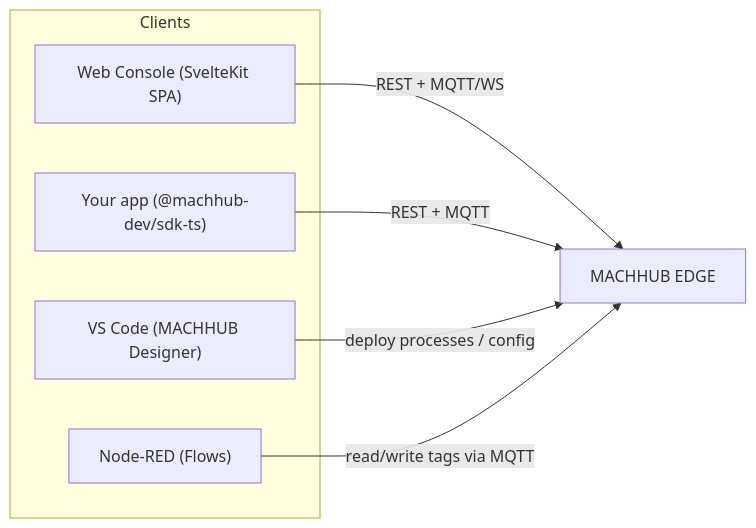
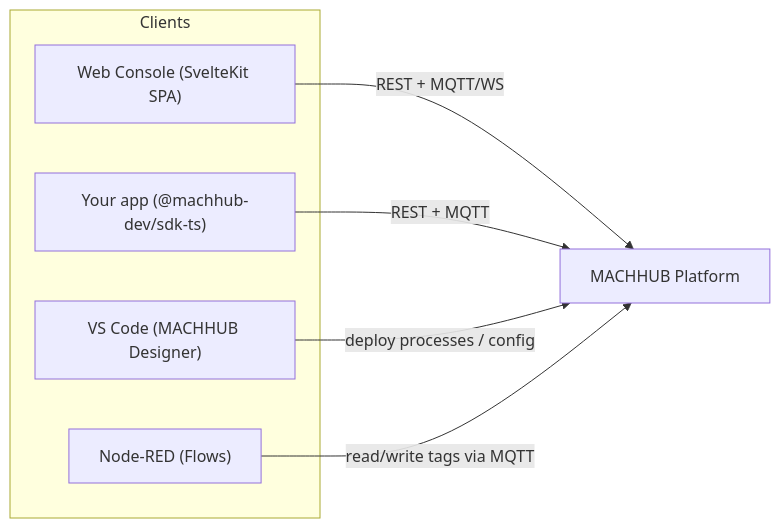
One commit to machhub-dev/docs changed the fourth of 5 diagrams in src/content/docs/concepts/architecture.md. Above: the diagram before and after it, drawn with Mermaid. The commit also changed other lines of this file and 24 other files, not shown here.

First line of the commit message:
docs: rename product from "MACHHUB EDGE" to "MACHHUB Platform"

````diff
--- a/src/content/docs/concepts/architecture.md
+++ b/src/content/docs/concepts/architecture.md
@@ -109,14 +109,14 @@
 ```mermaid
 flowchart LR
   subgraph Clients
     UI["Web Console (SvelteKit SPA)"]
     SDKApp["Your app (@machhub-dev/sdk-ts)"]
     Dev["VS Code (MACHHUB Designer)"]
     Dev2["Node-RED (Flows)"]
   end
-  EDGE["MACHHUB EDGE"]
+  EDGE["MACHHUB Platform"]
   UI -- "REST + MQTT/WS" --> EDGE
   SDKApp -- "REST + MQTT" --> EDGE
   Dev -- "deploy processes / config" --> EDGE
   Dev2 -- "read/write tags via MQTT" --> EDGE
 ```
````
